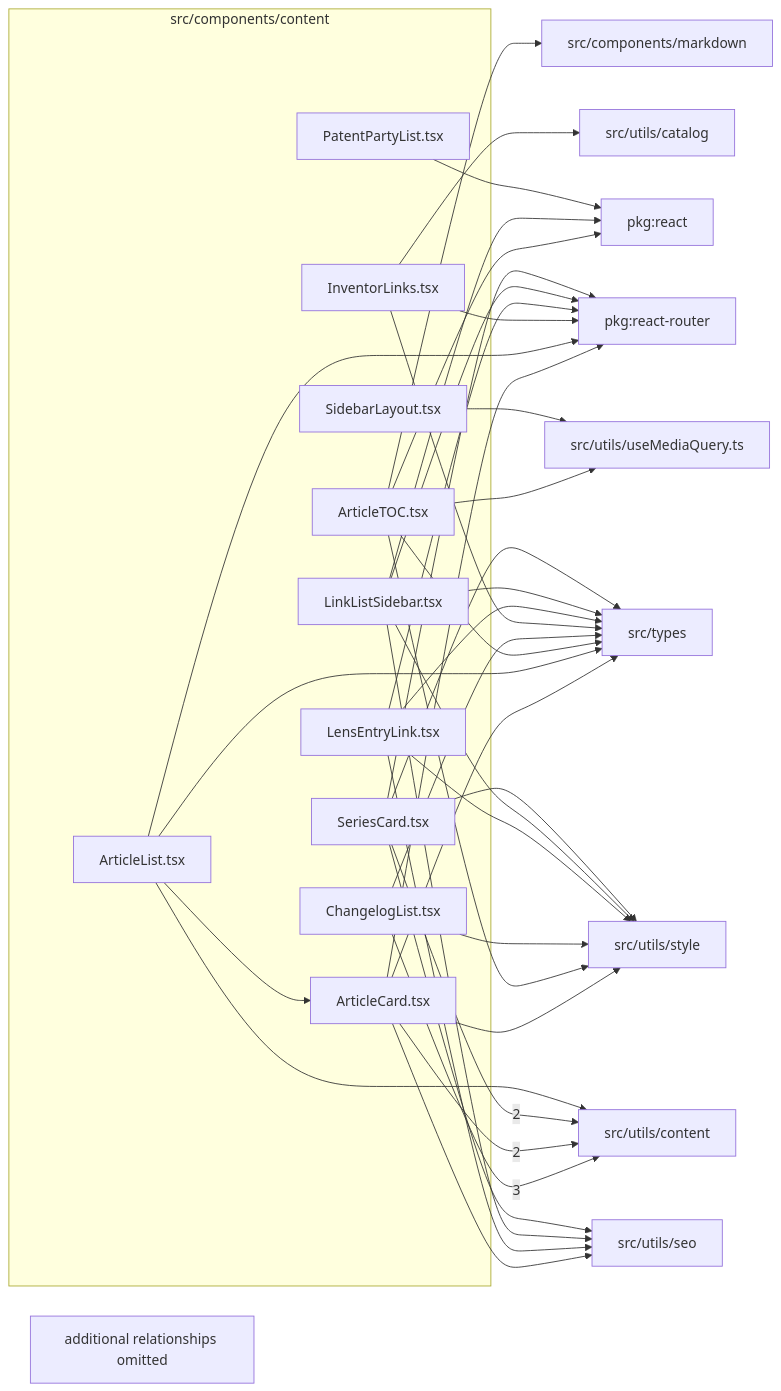
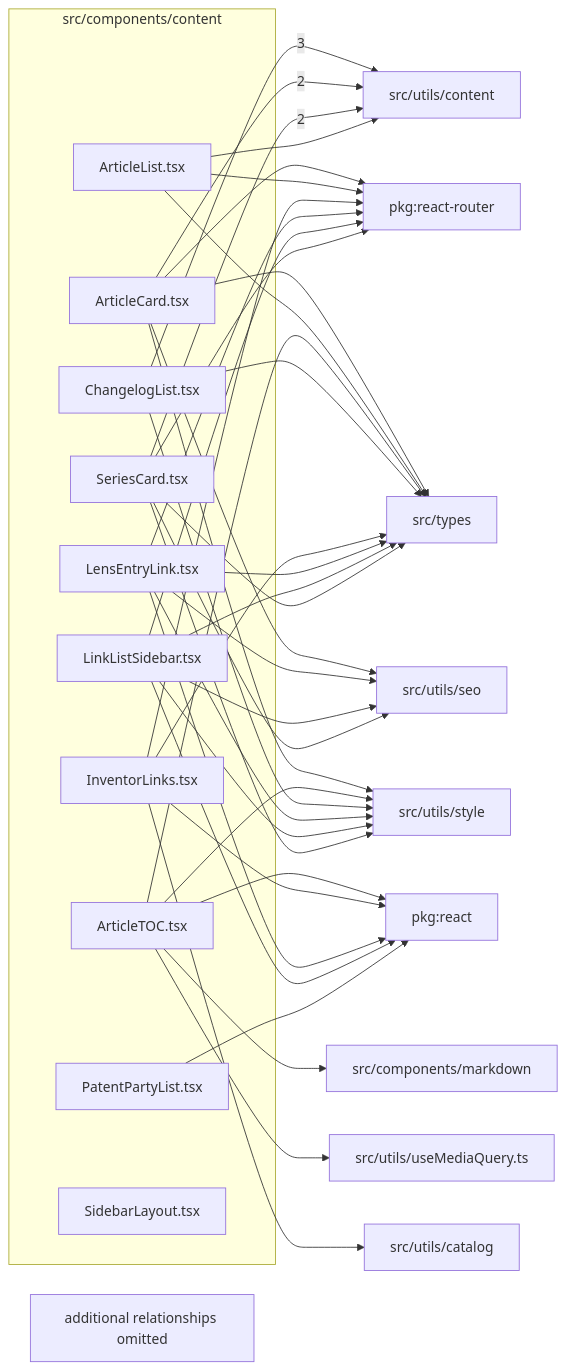
The diagram in src/components/content/readme.md (ronbuening/LensVisualizer), drawn with Mermaid before and after one commit. The commit also changed other lines of this file and 15 other files, not shown here.

````diff
--- a/src/components/content/readme.md
+++ b/src/components/content/readme.md
@@ -9,61 +9,61 @@
 ```mermaid
 flowchart LR
   subgraph n_src_components_content["src/components/content"]
     n_src_components_content_src_components_content_ArticleCard_tsx["ArticleCard.tsx"]
     n_src_components_content_src_components_content_ArticleList_tsx["ArticleList.tsx"]
     n_src_components_content_src_components_content_ArticleTOC_tsx["ArticleTOC.tsx"]
     n_src_components_content_src_components_content_ChangelogList_tsx["ChangelogList.tsx"]
     n_src_components_content_src_components_content_InventorLinks_tsx["InventorLinks.tsx"]
     n_src_components_content_src_components_content_LensEntryLink_tsx["LensEntryLink.tsx"]
     n_src_components_content_src_components_content_LinkListSidebar_tsx["LinkListSidebar.tsx"]
     n_src_components_content_src_components_content_PatentPartyList_tsx["PatentPartyList.tsx"]
     n_src_components_content_src_components_content_SeriesCard_tsx["SeriesCard.tsx"]
     n_src_components_content_src_components_content_SidebarLayout_tsx["SidebarLayout.tsx"]
   end
   n_external_src_utils_content["src/utils/content"]
   n_external_pkg_react["pkg:react"]
   n_external_pkg_react_router["pkg:react-router"]
   n_external_src_components_markdown["src/components/markdown"]
   n_external_src_types["src/types"]
   n_external_src_utils_catalog["src/utils/catalog"]
   n_external_src_utils_seo["src/utils/seo"]
   n_external_src_utils_style["src/utils/style"]
   n_external_src_utils_useMediaQuery_ts["src/utils/useMediaQuery.ts"]
   n_src_components_content_src_components_content_ChangelogList_tsx --> |3| n_external_src_utils_content
   n_src_components_content_src_components_content_ArticleCard_tsx --> |2| n_external_src_utils_content
   n_src_components_content_src_components_content_SeriesCard_tsx --> |2| n_external_src_utils_content
   n_src_components_content_src_components_content_ArticleTOC_tsx --> n_external_pkg_react
+  n_src_components_content_src_components_content_InventorLinks_tsx --> n_external_pkg_react
+  n_src_components_content_src_components_content_LensEntryLink_tsx --> n_external_pkg_react
   n_src_components_content_src_components_content_LinkListSidebar_tsx --> n_external_pkg_react
   n_src_components_content_src_components_content_PatentPartyList_tsx --> n_external_pkg_react
   n_src_components_content_src_components_content_ArticleCard_tsx --> n_external_pkg_react_router
   n_src_components_content_src_components_content_ArticleList_tsx --> n_external_pkg_react_router
   n_src_components_content_src_components_content_InventorLinks_tsx --> n_external_pkg_react_router
   n_src_components_content_src_components_content_LensEntryLink_tsx --> n_external_pkg_react_router
   n_src_components_content_src_components_content_LinkListSidebar_tsx --> n_external_pkg_react_router
   n_src_components_content_src_components_content_SeriesCard_tsx --> n_external_pkg_react_router
   n_src_components_content_src_components_content_ArticleTOC_tsx --> n_external_src_components_markdown
   n_src_components_content_src_components_content_ArticleCard_tsx --> n_external_src_types
   n_src_components_content_src_components_content_ArticleList_tsx --> n_external_src_types
   n_src_components_content_src_components_content_ArticleTOC_tsx --> n_external_src_types
   n_src_components_content_src_components_content_ChangelogList_tsx --> n_external_src_types
   n_src_components_content_src_components_content_InventorLinks_tsx --> n_external_src_types
   n_src_components_content_src_components_content_LensEntryLink_tsx --> n_external_src_types
   n_src_components_content_src_components_content_LinkListSidebar_tsx --> n_external_src_types
   n_src_components_content_src_components_content_SeriesCard_tsx --> n_external_src_types
   n_src_components_content_src_components_content_InventorLinks_tsx --> n_external_src_utils_catalog
   n_src_components_content_src_components_content_ArticleList_tsx --> n_external_src_utils_content
   n_src_components_content_src_components_content_ArticleCard_tsx --> n_external_src_utils_seo
   n_src_components_content_src_components_content_LensEntryLink_tsx --> n_external_src_utils_seo
   n_src_components_content_src_components_content_LinkListSidebar_tsx --> n_external_src_utils_seo
   n_src_components_content_src_components_content_SeriesCard_tsx --> n_external_src_utils_seo
   n_src_components_content_src_components_content_ArticleCard_tsx --> n_external_src_utils_style
   n_src_components_content_src_components_content_ArticleTOC_tsx --> n_external_src_utils_style
   n_src_components_content_src_components_content_ChangelogList_tsx --> n_external_src_utils_style
   n_src_components_content_src_components_content_LensEntryLink_tsx --> n_external_src_utils_style
   n_src_components_content_src_components_content_LinkListSidebar_tsx --> n_external_src_utils_style
   n_src_components_content_src_components_content_SeriesCard_tsx --> n_external_src_utils_style
   n_src_components_content_src_components_content_ArticleTOC_tsx --> n_external_src_utils_useMediaQuery_ts
-  n_src_components_content_src_components_content_SidebarLayout_tsx --> n_external_src_utils_useMediaQuery_ts
-  n_src_components_content_src_components_content_ArticleList_tsx --> n_src_components_content_src_components_content_ArticleCard_tsx
   n_src_components_content_truncated["additional relationships omitted"]
 ```
````
